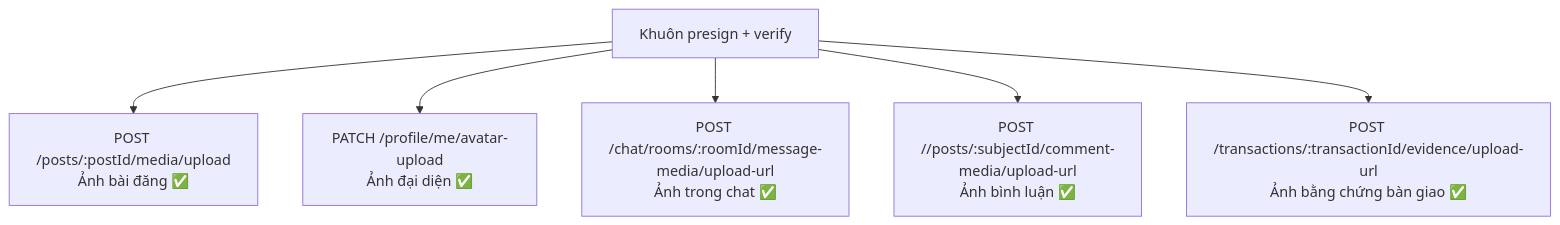
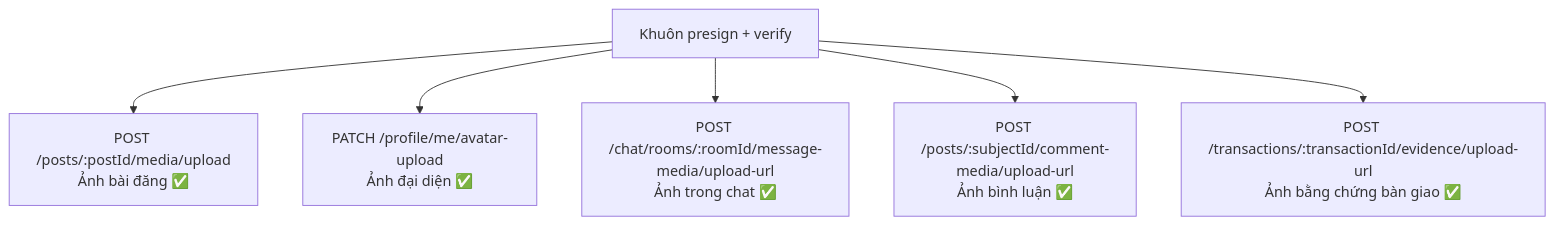
The third of 5 diagrams in docs/diagram/03-media.md (fdshn/trueheart), drawn with Mermaid before and after one commit. The commit also changed other lines of this file and 47 other files, not shown here.

````diff
--- a/docs/diagram/03-media.md
+++ b/docs/diagram/03-media.md
@@ -62,8 +87,8 @@
 ```mermaid
 flowchart TD
     M["Khuôn presign + verify"] --> A["POST /posts/:postId/media/upload<br/>Ảnh bài đăng ✅"]
     M --> B["PATCH /profile/me/avatar-upload<br/>Ảnh đại diện ✅"]
     M --> C["POST /chat/rooms/:roomId/message-media/upload-url<br/>Ảnh trong chat ✅"]
-    M --> D["POST //posts/:subjectId/comment-media/upload-url<br/>Ảnh bình luận ✅"]
+    M --> D["POST /posts/:subjectId/comment-media/upload-url<br/>Ảnh bình luận ✅"]
     M --> E["POST /transactions/:transactionId/evidence/upload-url<br/>Ảnh bằng chứng bàn giao ✅"]
 ```
````
